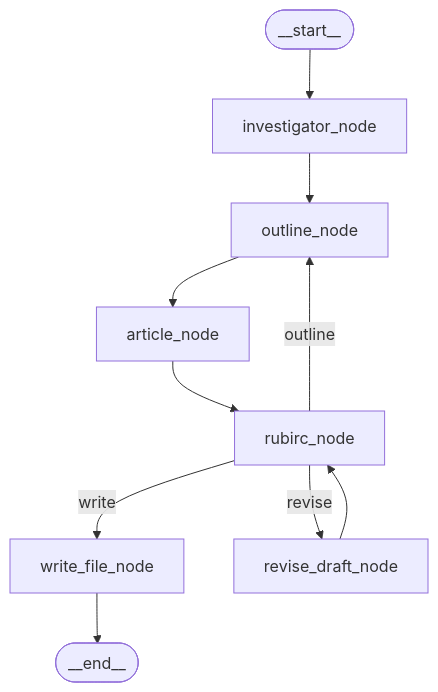
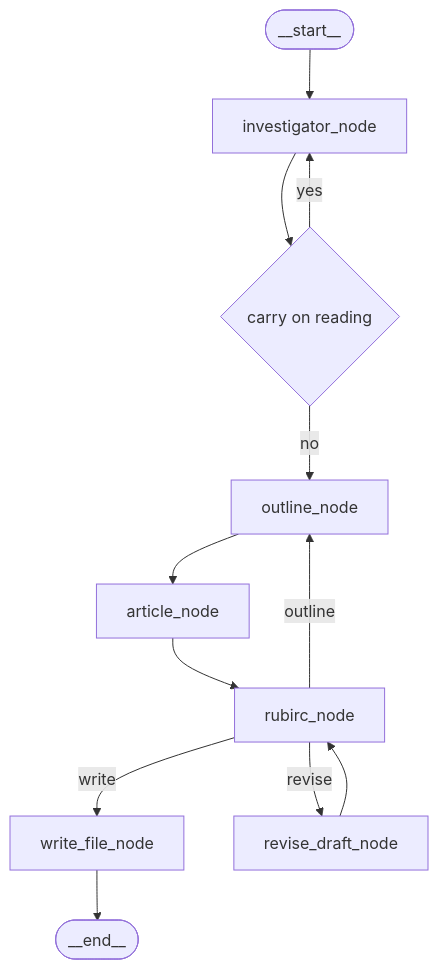
Before and after one commit to raulsecante1/ItIsAManager: the diagram in README.md, drawn with Mermaid.

````diff
--- a/README.md
+++ b/README.md
@@ -32,12 +32,18 @@
 ```mermaid
-graph TD;
-  __start__([__start__]) --> investigator_node;
-  investigator_node --> outline_node;
-  outline_node --> article_node;
-  article_node --> rubirc_node;
-  rubirc_node -->|write| write_file_node;
-  rubirc_node -->|revise| revise_draft_node;
-  rubirc_node -->|outline| outline_node;
-  revise_draft_node --> rubirc_node;
-  write_file_node --> __end__([__end__]);
+flowchart TD
+  __start__([__start__]) --> investigator_node
+
+  investigator_node --> check_investigation{carry on reading}
+  check_investigation -->|yes| investigator_node
+  check_investigation -->|no| outline_node
+
+  outline_node --> article_node
+  article_node --> rubirc_node
+
+  rubirc_node -->|write| write_file_node
+  rubirc_node -->|revise| revise_draft_node
+  rubirc_node -->|outline| outline_node
+
+  revise_draft_node --> rubirc_node
+  write_file_node --> __end__([__end__])
 ```
````
